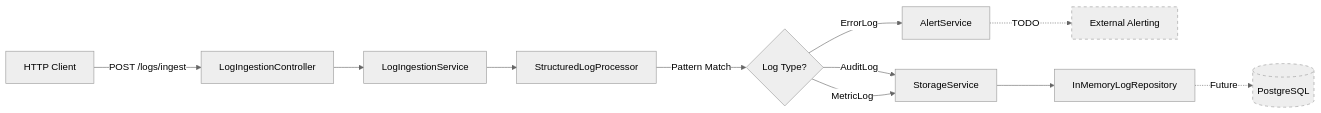
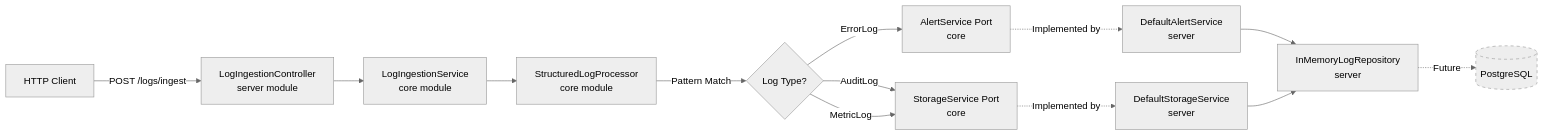
Before and after one commit to kubraayvaz/ghost-logger: the diagram in README.md, drawn with Mermaid (neutral theme). The commit also changed other lines of this file, not shown here.

Commit message:
docs: update README to reflect new multi-module Maven project structure and clarify component roles

````diff
--- a/README.md
+++ b/README.md
@@ -76,16 +76,17 @@
 ```mermaid
 graph LR
-    A[HTTP Client] -->|POST /logs/ingest| B[LogIngestionController]
-    B --> C[LogIngestionService]
-    C --> D[StructuredLogProcessor]
+    A[HTTP Client] -->|POST /logs/ingest| B[LogIngestionController<br/>server module]
+    B --> C[LogIngestionService<br/>core module]
+    C --> D[StructuredLogProcessor<br/>core module]
     D -->|Pattern Match| E{Log Type?}
-    E -->|ErrorLog| F[AlertService]
-    E -->|AuditLog| G[StorageService]
+    E -->|ErrorLog| F[AlertService Port<br/>core]
+    E -->|AuditLog| G[StorageService Port<br/>core]
     E -->|MetricLog| G
-    F -.->|TODO| H[External Alerting]
-    G --> I[InMemoryLogRepository]
-    I -.->|Future| J[(PostgreSQL)]
+    F -.->|Implemented by| H[DefaultAlertService<br/>server]
+    G -.->|Implemented by| I[DefaultStorageService<br/>server]
+    H --> J[InMemoryLogRepository<br/>server]
+    I --> J
+    J -.->|Future| K[(PostgreSQL)]
     
-    style H stroke-dasharray: 5 5
-    style J stroke-dasharray: 5 5
+    style K stroke-dasharray: 5 5
 ```
````
